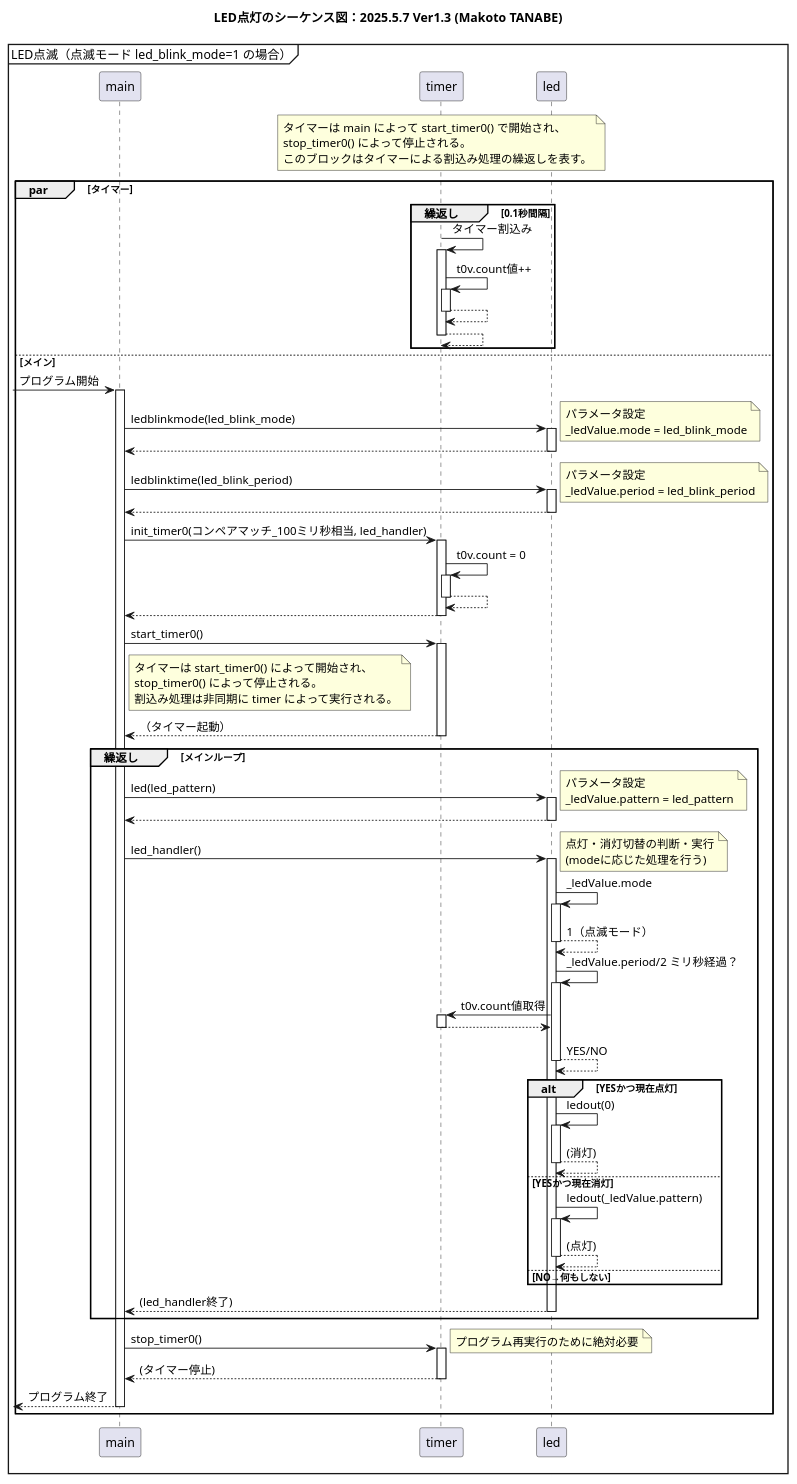
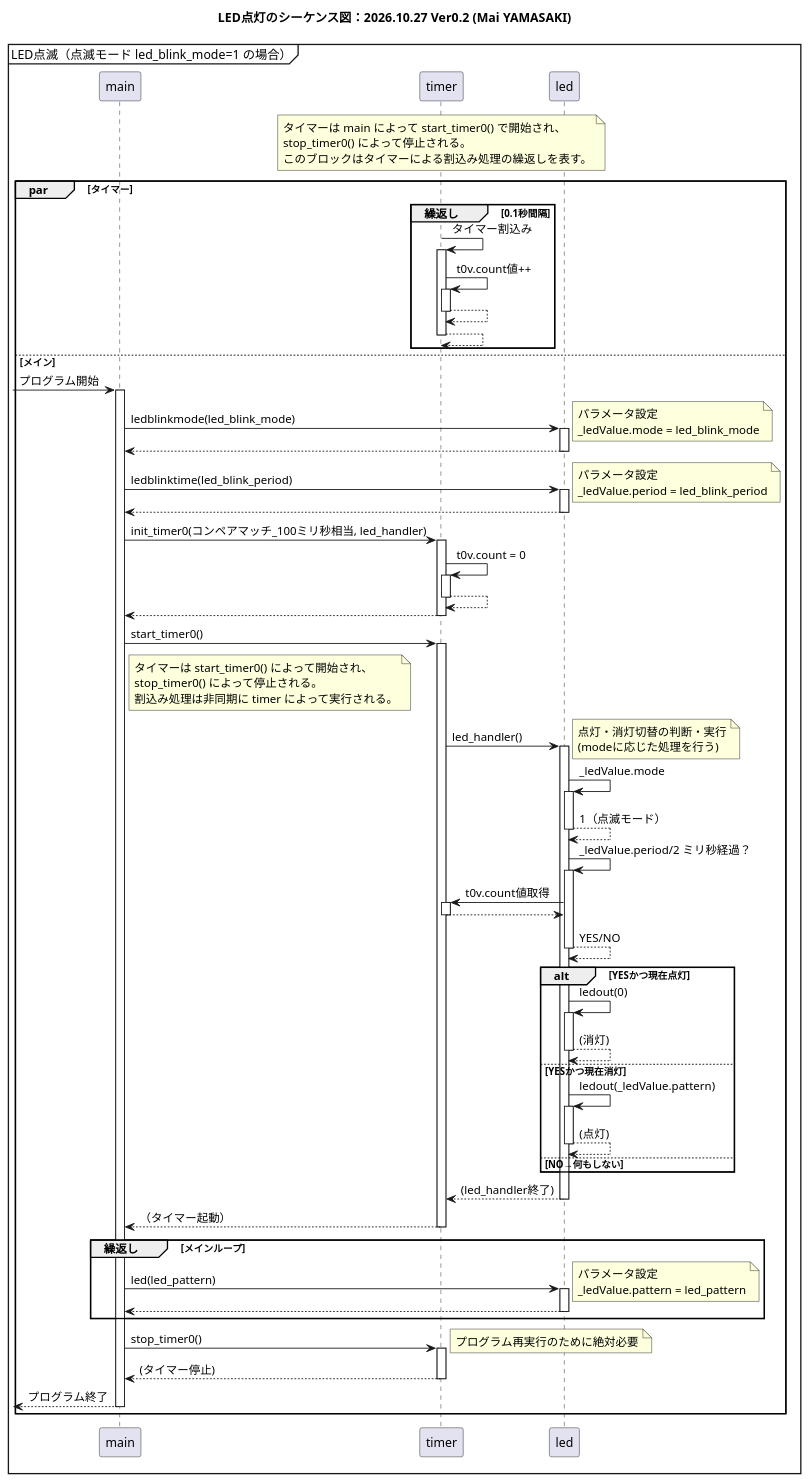
One commit to rebuildup/GRI-2nd changed the diagram in SequenceDiagram/sequenceV2.pu. Above: the diagram before and after it, drawn with PlantUML. The commit also changed 5 other files, not shown here.

```diff
--- a/SequenceDiagram/sequenceV2.pu
+++ b/SequenceDiagram/sequenceV2.pu
@@ -1,82 +1,84 @@
 @startuml
 autoactivate on
 
-title LED点灯のシーケンス図：2025.5.7 Ver1.3 (Makoto TANABE)
+title LED点灯のシーケンス図：2026.10.27 Ver0.2 (Mai YAMASAKI)
 mainframe LED点滅（点滅モード led_blink_mode=1 の場合）
 
 participant main
 participant timer
 participant led
 
 note over timer
   タイマーは main によって start_timer0() で開始され、
   stop_timer0() によって停止される。
   このブロックはタイマーによる割込み処理の繰返しを表す。
 end note
 
 par タイマー
 group 繰返し [0.1秒間隔]
    timer -> timer : タイマー割込み
         timer -> timer : t0v.count値++
         return
     return
 end
 
 else メイン
 [-> main : プログラム開始
 
 main -> led : ledblinkmode(led_blink_mode)
 note right: パラメータ設定\n_ledValue.mode = led_blink_mode
 return
 
 main -> led : ledblinktime(led_blink_period)
 note right: パラメータ設定\n_ledValue.period = led_blink_period
 return
 
 main -> timer : init_timer0(コンペアマッチ_100ミリ秒相当, led_handler)
     timer -> timer : t0v.count = 0
     return
 return
 
 main -> timer : start_timer0()
 note right of main
   タイマーは start_timer0() によって開始され、
   stop_timer0() によって停止される。
   割込み処理は非同期に timer によって実行される。
 end note
-return （タイマー起動）
 
-group 繰返し [メインループ]
-
- main -> led : led(led_pattern)
-    note right: パラメータ設定\n_ledValue.pattern = led_pattern
-    return
-
-    main -> led : led_handler()
+  timer -> led : led_handler()
     note right: 点灯・消灯切替の判断・実行\n(modeに応じた処理を行う)
        led -> led : _ledValue.mode
  
        return 1（点滅モード）
        led -> led : _ledValue.period/2 ミリ秒経過？
          led -> timer : t0v.count値取得
          return
        return YES/NO
        alt YESかつ現在点灯
             led -> led: ledout(0)
             return (消灯)
        else YESかつ現在消灯
             led -> led: ledout(_ledValue.pattern)
             return (点灯)
        else NO→何もしない
             
        end
     return (led_handler終了)
-end
+
+return （タイマー起動）
+
+group 繰返し [メインループ]
+
+ main -> led : led(led_pattern)
+    note right: パラメータ設定\n_ledValue.pattern = led_pattern
+    return
+
+    end
 
 main -> timer : stop_timer0()
 note right: プログラム再実行のために絶対必要
 return (タイマー停止)
 return プログラム終了
 
 end 
 @enduml
```
